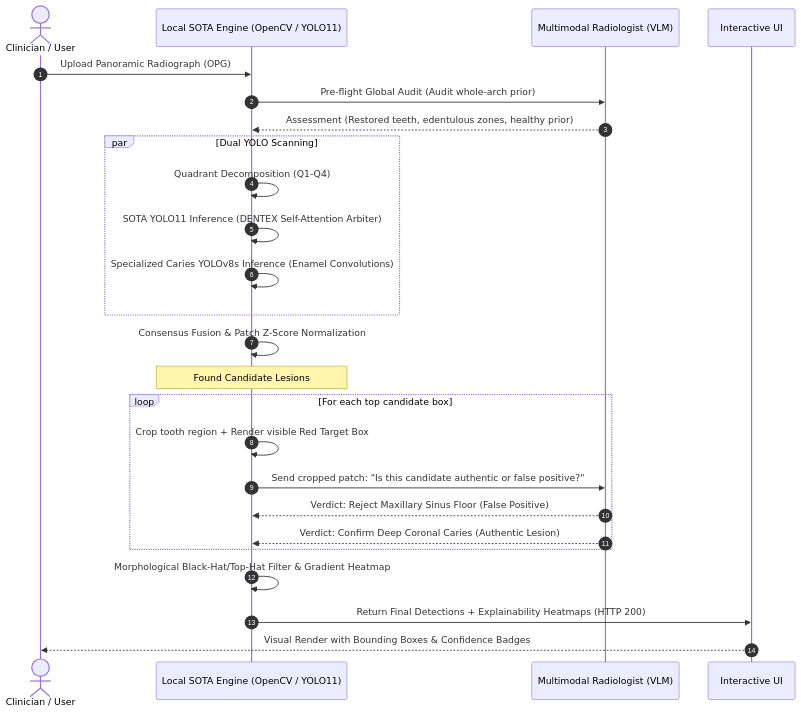
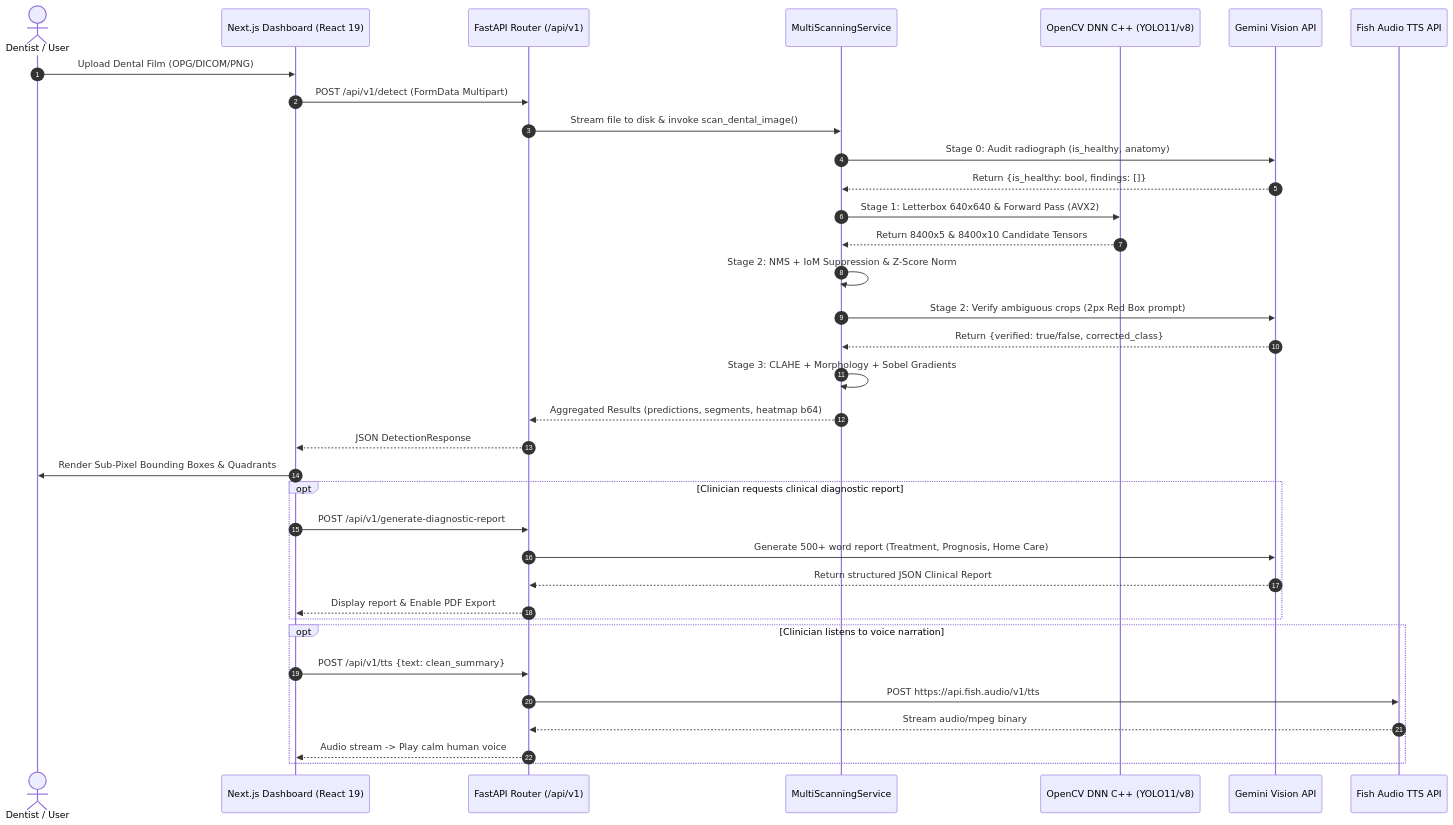
Before and after one commit to yousiff139-lang/Dental-OPG-SOTA-Architecture: the fourth of 5 diagrams in README.md, drawn with Mermaid. The commit also changed other lines of this file and 15 other files, not shown here.

Commit message:
docs: consolidate master presenter documentation into main README with Mermaid diagrams and untrack non-root markdown/test files

````diff
--- a/README.md
+++ b/README.md
@@ -173,32 +253,40 @@
 ```mermaid
 sequenceDiagram
     autonumber
-    actor User as Clinician / User
-    participant Engine as Local SOTA Engine (OpenCV / YOLO11)
-    participant VLM as Multimodal Radiologist (VLM)
-    participant UI as Interactive UI
+    actor Clinician as Dentist / User
+    participant UI as Next.js Dashboard (React 19)
+    participant API as FastAPI Router (/api/v1)
+    participant Scanner as MultiScanningService
+    participant CppDNN as OpenCV DNN C++ (YOLO11/v8)
+    participant VLM as Gemini Vision API
+    participant TTS as Fish Audio TTS API
 
-    User->>Engine: Upload Panoramic Radiograph (OPG)
-    Engine->>VLM: Pre-flight Global Audit (Audit whole-arch prior)
-    VLM-->>Engine: Assessment (Restored teeth, edentulous zones, healthy prior)
+    Clinician->>UI: Upload Dental Film (OPG/DICOM/PNG)
+    UI->>API: POST /api/v1/detect (FormData Multipart)
+    API->>Scanner: Stream file to disk & invoke scan_dental_image()
+    Scanner->>VLM: Stage 0: Audit radiograph (is_healthy, anatomy)
+    VLM-->>Scanner: Return {is_healthy: bool, findings: []}
+    Scanner->>CppDNN: Stage 1: Letterbox 640x640 & Forward Pass (AVX2)
+    CppDNN-->>Scanner: Return 8400x5 & 8400x10 Candidate Tensors
+    Scanner->>Scanner: Stage 2: NMS + IoM Suppression & Z-Score Norm
+    Scanner->>VLM: Stage 2: Verify ambiguous crops (2px Red Box prompt)
+    VLM-->>Scanner: Return {verified: true/false, corrected_class}
+    Scanner->>Scanner: Stage 3: CLAHE + Morphology + Sobel Gradients
+    Scanner-->>API: Aggregated Results (predictions, segments, heatmap b64)
+    API-->>UI: JSON DetectionResponse
+    UI->>Clinician: Render Sub-Pixel Bounding Boxes & Quadrants
     
-    par Dual YOLO Scanning
-        Engine->>Engine: Quadrant Decomposition (Q1-Q4)
-        Engine->>Engine: SOTA YOLO11 Inference (DENTEX Self-Attention Arbiter)
-        Engine->>Engine: Specialized Caries YOLOv8s Inference (Enamel Convolutions)
+    opt Clinician requests clinical diagnostic report
+        UI->>API: POST /api/v1/generate-diagnostic-report
+        API->>VLM: Generate 500+ word report (Treatment, Prognosis, Home Care)
+        VLM-->>API: Return structured JSON Clinical Report
+        API-->>UI: Display report & Enable PDF Export
     end
 
-    Engine->>Engine: Consensus Fusion & Patch Z-Score Normalization
-    Note over Engine: Found Candidate Lesions
-
-    loop For each top candidate box
-        Engine->>Engine: Crop tooth region + Render visible Red Target Box
-        Engine->>VLM: Send cropped patch: "Is this candidate authentic or false positive?"
-        VLM-->>Engine: Verdict: Reject Maxillary Sinus Floor (False Positive)
-        VLM-->>Engine: Verdict: Confirm Deep Coronal Caries (Authentic Lesion)
+    opt Clinician listens to voice narration
+        UI->>API: POST /api/v1/tts {text: clean_summary}
+        API->>TTS: POST https://api.fish.audio/v1/tts
+        TTS-->>API: Stream audio/mpeg binary
+        API-->>UI: Audio stream -> Play calm human voice
     end
-
-    Engine->>Engine: Morphological Black-Hat/Top-Hat Filter & Gradient Heatmap
-    Engine->>UI: Return Final Detections + Explainability Heatmaps (HTTP 200)
-    UI-->>User: Visual Render with Bounding Boxes & Confidence Badges
 ```
````
